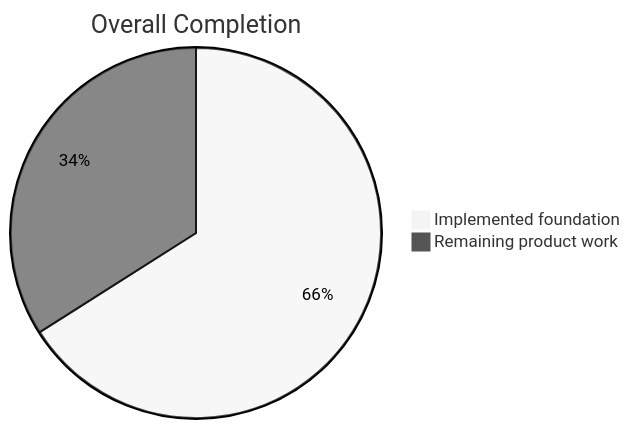
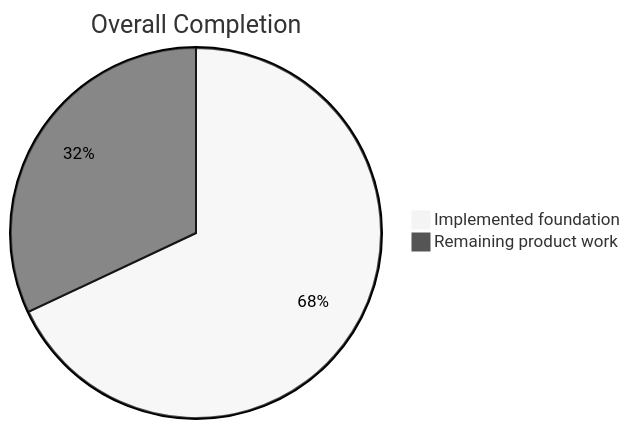
The first of 5 diagrams in README.md (lingmulongtai/GlyphRay), drawn with Mermaid (neutral theme) before and after one commit. The commit also changed other lines of this file and 11 other files, not shown here.

````diff
--- a/README.md
+++ b/README.md
@@ -15,5 +15,5 @@
 ```mermaid
 pie title Overall Completion
-  "Implemented foundation" : 66
-  "Remaining product work" : 34
+  "Implemented foundation" : 68
+  "Remaining product work" : 32
 ```
````
